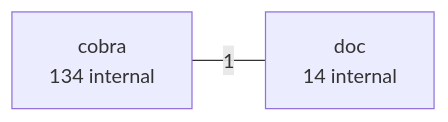
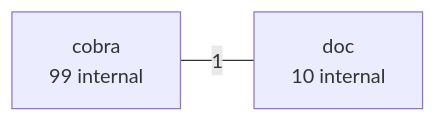
The second of 8 diagrams in examples/cobra.md (LukasSelin/doppel), drawn with Mermaid before and after one commit. The commit also changed other lines of this file and 19 other files, not shown here.

````diff
--- a/examples/cobra.md
+++ b/examples/cobra.md
@@ -116,6 +118,6 @@
 ```mermaid
 flowchart LR
-    p0["cobra<br/>134 internal"]
-    p1["doc<br/>14 internal"]
+    p0["cobra<br/>99 internal"]
+    p1["doc<br/>10 internal"]
     p0 ---|"1"| p1
 ```
````
